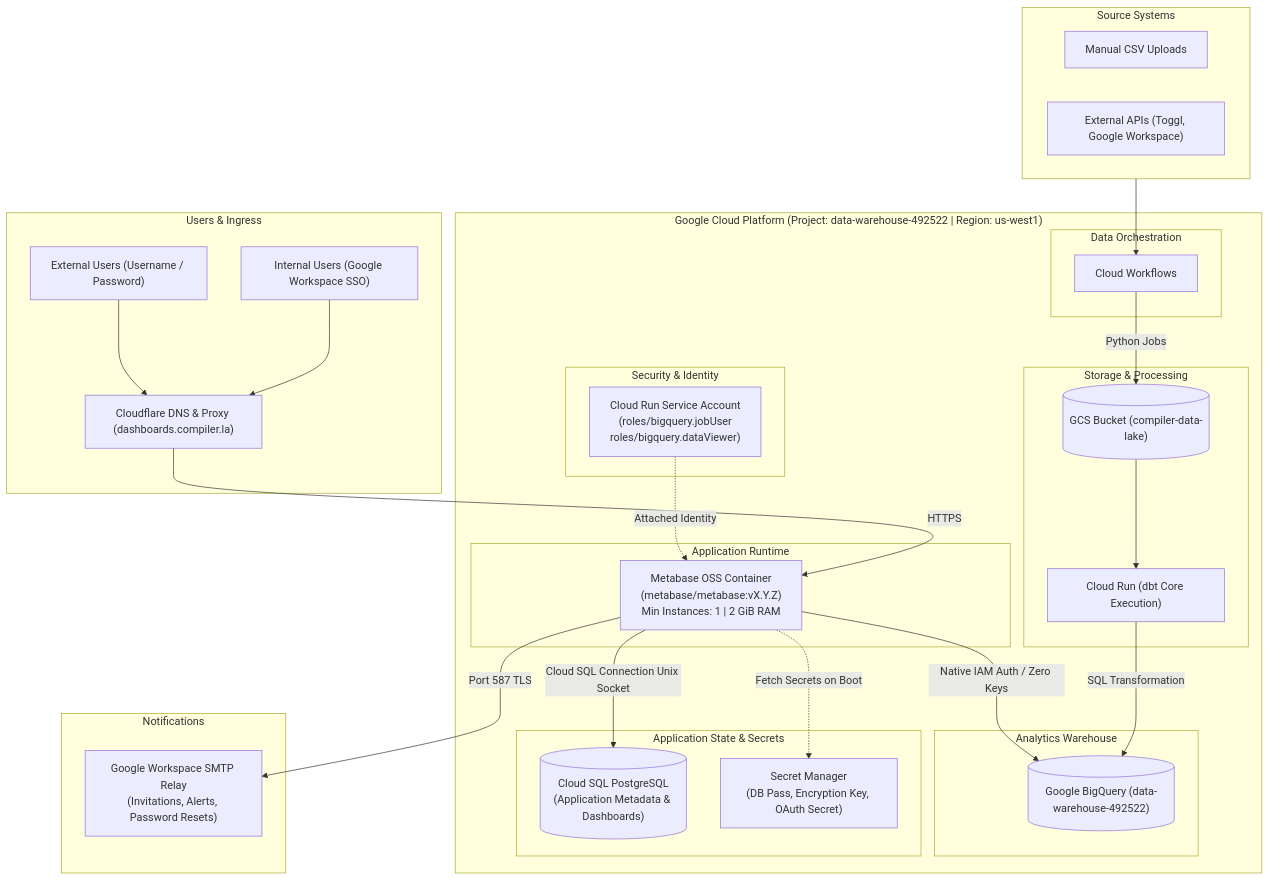
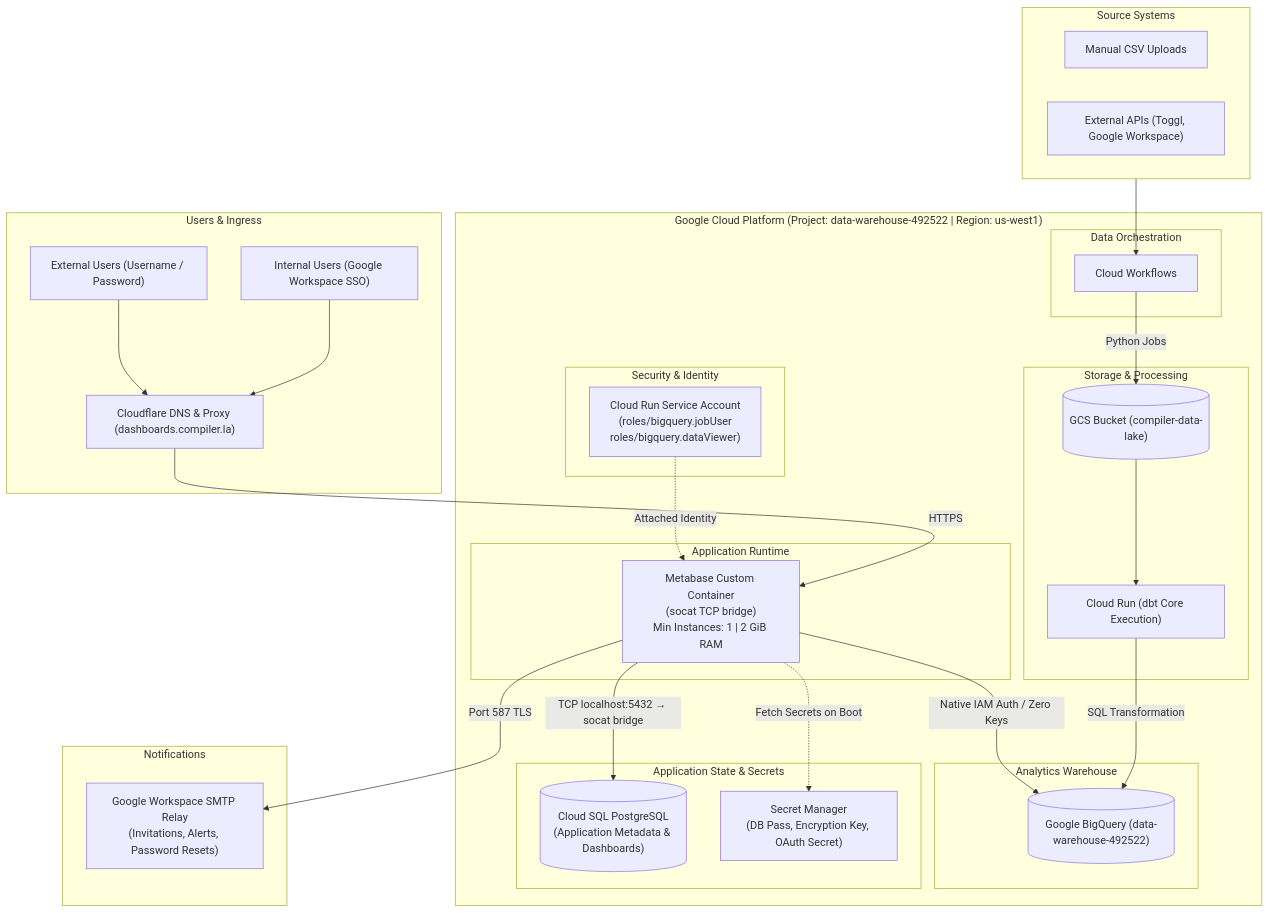
One commit to compilerla/dashboards changed the diagram in docs/explanation/architecture.md. Above: the diagram before and after it, drawn with Mermaid. The commit also changed 1 other file, not shown here.

Commit message:
docs: update with custom Metabase image

````diff
--- a/docs/explanation/architecture.md
+++ b/docs/explanation/architecture.md
@@ -7,61 +7,61 @@
 ```mermaid
 flowchart TD
     subgraph Users & Ingress
         U_Internal["Internal Users (Google Workspace SSO)"]
         U_External["External Users (Username / Password)"]
         CF["Cloudflare DNS & Proxy (dashboards.compiler.la)"]
     end
 
     subgraph Sources ["Source Systems"]
         CSV["Manual CSV Uploads"]
         API["External APIs (Toggl, Google Workspace)"]
     end
 
     subgraph GCP ["Google Cloud Platform (Project: data-warehouse-492522 | Region: us-west1)"]
         subgraph Orchestration ["Data Orchestration"]
             Workflows["Cloud Workflows"]
         end
 
         subgraph Storage ["Storage & Processing"]
             GCS[("GCS Bucket (compiler-data-lake)")]
             dbtRun["Cloud Run (dbt Core Execution)"]
         end
 
         subgraph Analytics ["Analytics Warehouse"]
             BQ[("Google BigQuery (data-warehouse-492522)")]
         end
 
         subgraph CloudRun ["Application Runtime"]
-            MB["Metabase OSS Container<br/>(metabase/metabase:vX.Y.Z)<br/>Min Instances: 1 | 2 GiB RAM"]
+            MB["Metabase Custom Container<br/>(socat TCP bridge)<br/>Min Instances: 1 | 2 GiB RAM"]
         end
 
         subgraph Storage_State ["Application State & Secrets"]
             CSQL[("Cloud SQL PostgreSQL<br/>(Application Metadata & Dashboards)")]
             SM["Secret Manager<br/>(DB Pass, Encryption Key, OAuth Secret)"]
         end
 
         subgraph IAM_Service ["Security & Identity"]
             SA["Cloud Run Service Account<br/>(roles/bigquery.jobUser<br/>roles/bigquery.dataViewer)"]
         end
     end
 
     subgraph Outbound ["Notifications"]
         GW_SMTP["Google Workspace SMTP Relay<br/>(Invitations, Alerts, Password Resets)"]
     end
 
     U_Internal --> CF
     U_External --> CF
     CF -->|HTTPS| MB
 
     Sources --> Workflows
     Workflows -->|Python Jobs| GCS
     GCS --> dbtRun
     dbtRun -->|SQL Transformation| BQ
 
-    MB -->|Cloud SQL Connection Unix Socket| CSQL
+    MB -->|TCP localhost:5432 → socat bridge| CSQL
     MB -.->|Fetch Secrets on Boot| SM
     MB -->|Native IAM Auth / Zero Keys| BQ
     SA -.->|Attached Identity| MB
 
     MB -->|Port 587 TLS| GW_SMTP
 ```
````
